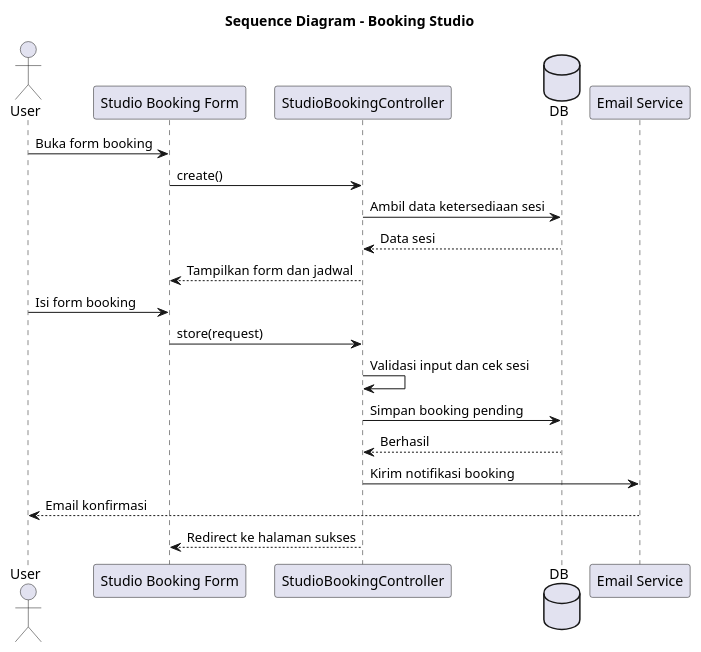
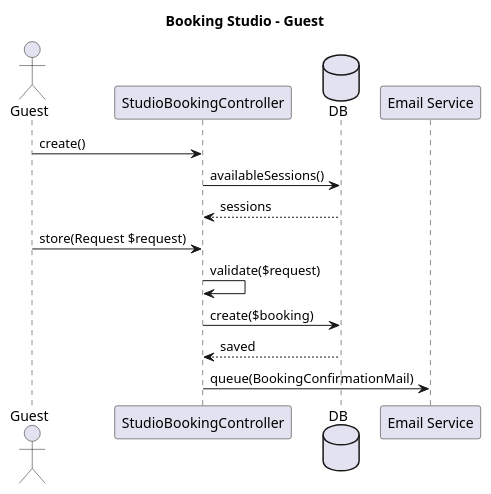
One commit to RizkyFahrizal/satpals-project changed the diagram in docs/sequence-diagrams/iterasi-2/03-booking-studio-seq.puml. Above: the diagram before and after it, drawn with PlantUML. The commit also changed 40 other files, not shown here.

```diff
--- a/docs/sequence-diagrams/iterasi-2/03-booking-studio-seq.puml
+++ b/docs/sequence-diagrams/iterasi-2/03-booking-studio-seq.puml
@@ -1,26 +1,19 @@
-@startuml Booking_Studio_Sequence
+@startuml booking-studio-guest
+title Booking Studio - Guest
 
-title Sequence Diagram - Booking Studio
-
-actor User
-participant "Studio Booking Form" as View
+actor Guest
 participant "StudioBookingController" as Controller
 database DB
 participant "Email Service" as Mail
 
-User -> View: Buka form booking
-View -> Controller: create()
-Controller -> DB: Ambil data ketersediaan sesi
-DB --> Controller: Data sesi
-Controller --> View: Tampilkan form dan jadwal
+Guest -> Controller: create()
+Controller -> DB: availableSessions()
+DB --> Controller: sessions
 
-User -> View: Isi form booking
-View -> Controller: store(request)
-Controller -> Controller: Validasi input dan cek sesi
-Controller -> DB: Simpan booking pending
-DB --> Controller: Berhasil
-Controller -> Mail: Kirim notifikasi booking
-Mail --> User: Email konfirmasi
-Controller --> View: Redirect ke halaman sukses
+Guest -> Controller: store(Request $request)
+Controller -> Controller: validate($request)
+Controller -> DB: create($booking)
+DB --> Controller: saved
+Controller -> Mail: queue(BookingConfirmationMail)
 
 @enduml
```
